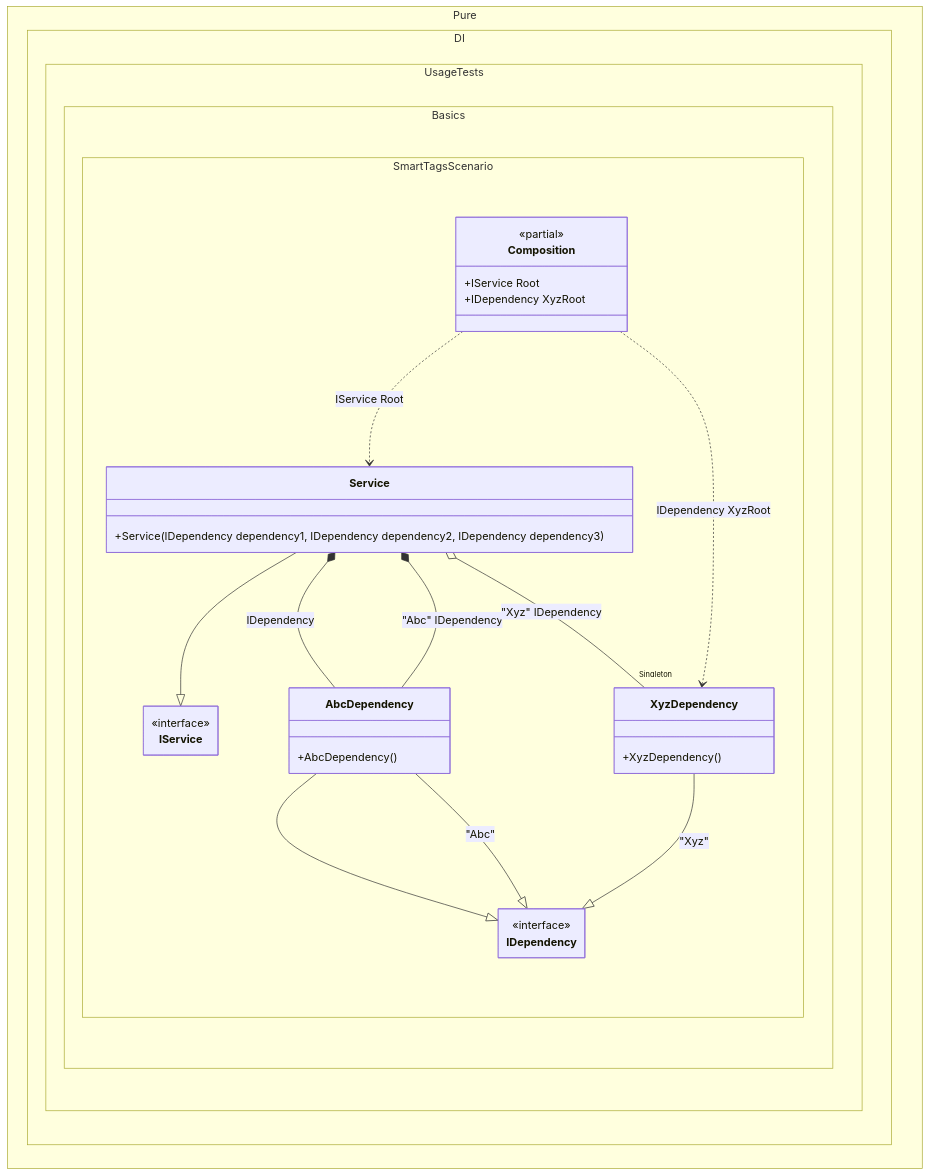
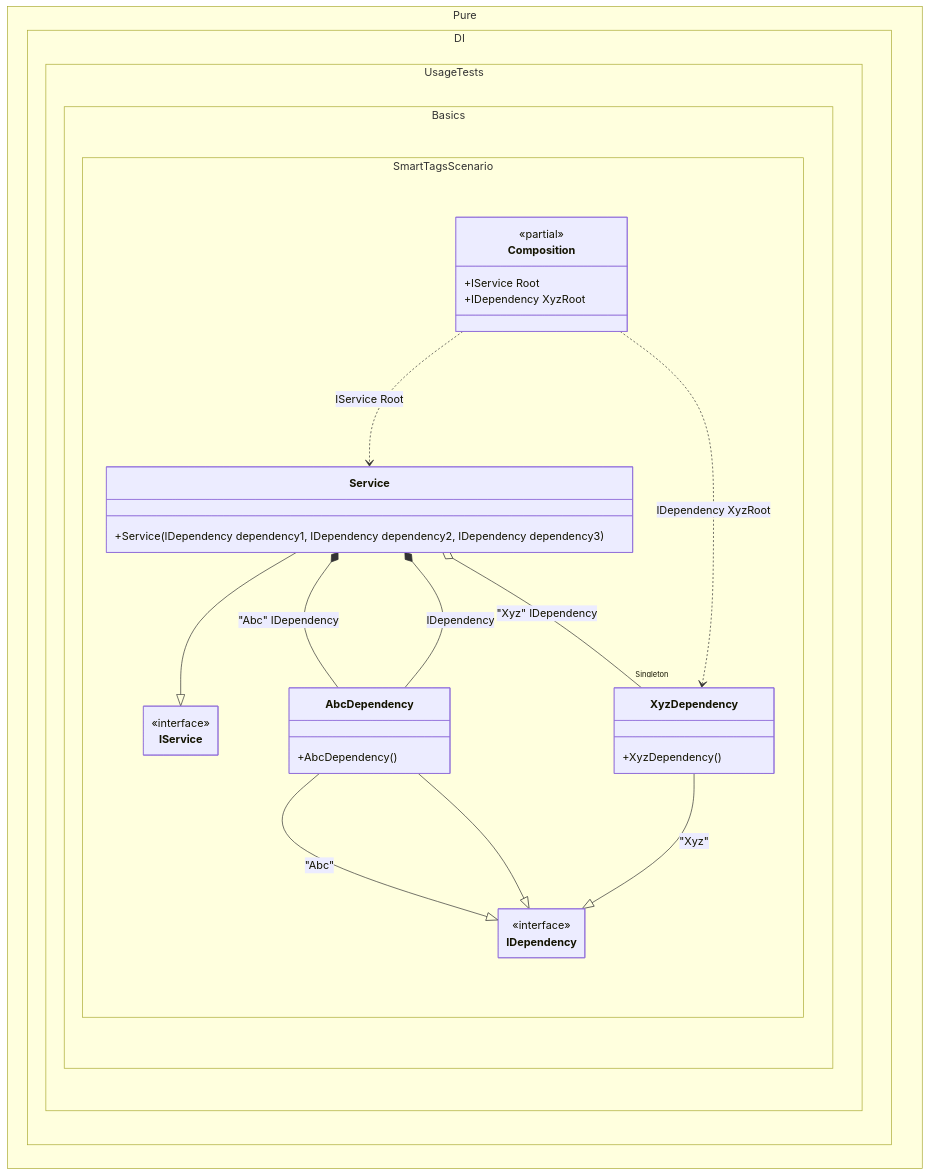
The diagram in readme/smart-tags.md (DevTeam/Pure.DI), drawn with Mermaid before and after one commit. The commit also changed other lines of this file and 113 other files, not shown here.

````diff
--- a/readme/smart-tags.md
+++ b/readme/smart-tags.md
@@ -176,39 +176,39 @@
 ```mermaid
 ---
  config:
   class:
    hideEmptyMembersBox: true
 ---
 classDiagram
-	Service --|> IService
-	XyzDependency --|> IDependency : "Xyz" 
 	AbcDependency --|> IDependency : "Abc" 
 	AbcDependency --|> IDependency
+	XyzDependency --|> IDependency : "Xyz" 
+	Service --|> IService
 	Composition ..> Service : IService Root
 	Composition ..> XyzDependency : IDependency XyzRoot
 	Service *--  AbcDependency : "Abc"  IDependency
+	Service *--  AbcDependency : IDependency
 	Service o-- "Singleton" XyzDependency : "Xyz"  IDependency
-	Service *--  AbcDependency : IDependency
 	namespace Pure.DI.UsageTests.Basics.SmartTagsScenario {
 		class AbcDependency {
 			+AbcDependency()
 		}
 		class Composition {
 		<<partial>>
 		+IService Root
 		+IDependency XyzRoot
 		}
 		class IDependency {
 			<<interface>>
 		}
 		class IService {
 			<<interface>>
 		}
 		class Service {
 			+Service(IDependency dependency1, IDependency dependency2, IDependency dependency3)
 		}
 		class XyzDependency {
 			+XyzDependency()
 		}
 	}
 ```
````
